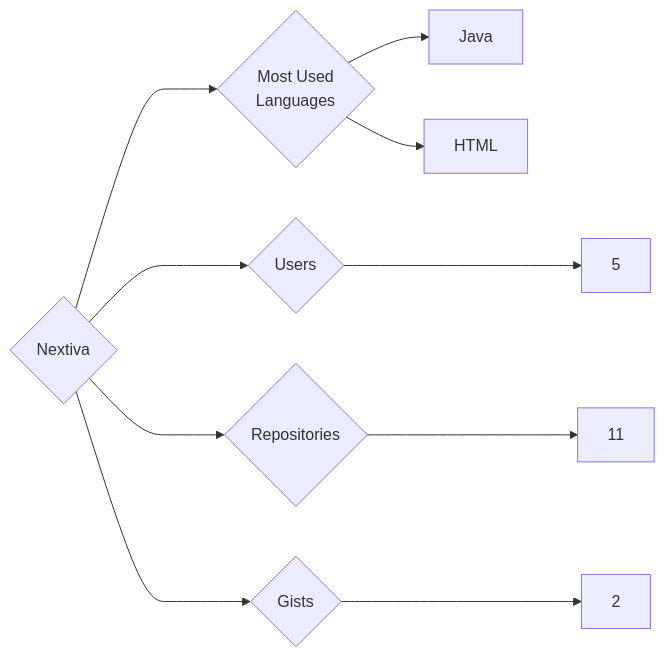
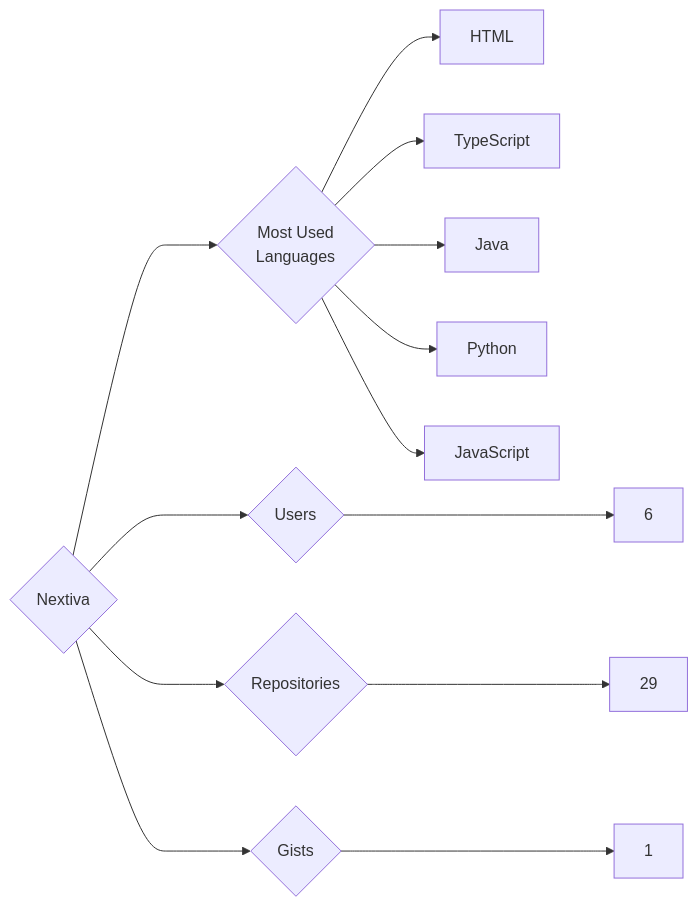
The diagram in targets/Nextiva/README.md (trickest/insiders), drawn with Mermaid before and after one commit. The commit also changed 953 other files, not shown here.

````diff
--- a/targets/Nextiva/README.md
+++ b/targets/Nextiva/README.md
@@ -3,10 +3,13 @@
 ```mermaid
 graph LR
 COMPANY_NAME{Nextiva}
-COMPANY_NAME ---> U{Users} ---> UN[5]
-COMPANY_NAME ---> R{Repositories} ---> RN[11]
-COMPANY_NAME ---> G{Gists} ---> GN[2]
+COMPANY_NAME ---> U{Users} ---> UN[6]
+COMPANY_NAME ---> R{Repositories} ---> RN[29]
+COMPANY_NAME ---> G{Gists} ---> GN[1]
 COMPANY_NAME ---> ML{Most Used<br>Languages}
+ML --> HTML[HTML]
+ML --> TypeScript[TypeScript]
 ML --> Java[Java]
-ML --> HTML[HTML]
+ML --> Python[Python]
+ML --> JavaScript[JavaScript]
 ```
````
